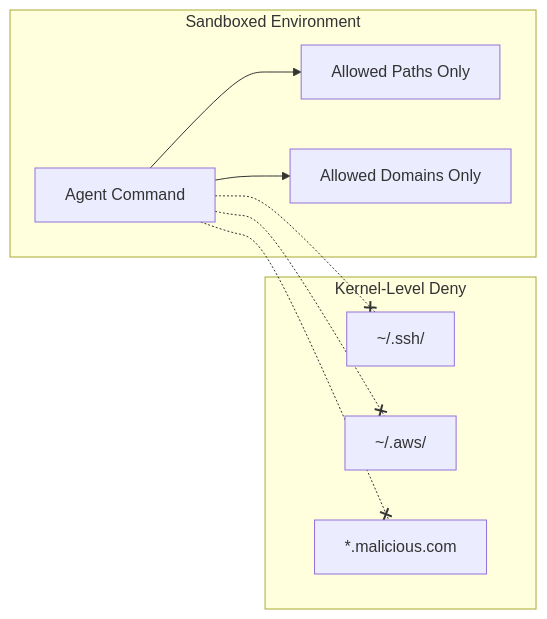
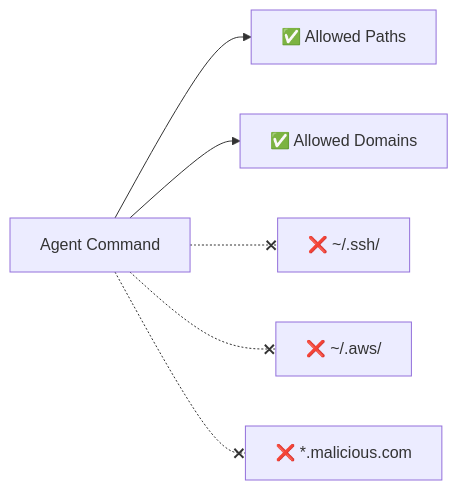
One commit to juangcarmona/github_copilot_000_hub changed the diagram in slides/pages/301/sandboxing.md. Above: the diagram before and after it, drawn with Mermaid. The commit also changed other lines of this file and 201 other files, not shown here.

````diff
--- a/slides/pages/301/sandboxing.md
+++ b/slides/pages/301/sandboxing.md
@@ -10,18 +10,9 @@
 ```mermaid
 flowchart LR
-  subgraph Sandbox["Sandboxed Environment"]
-    CMD["Agent Command"]
-    FS["Allowed Paths Only"]
-    NET["Allowed Domains Only"]
-  end
-  subgraph Blocked["Kernel-Level Deny"]
-    B1["~/.ssh/"]
-    B2["~/.aws/"]
-    B3["*.malicious.com"]
-  end
-  CMD --> FS
-  CMD --> NET
-  CMD -.-x B1
-  CMD -.-x B2
-  CMD -.-x B3
+  CMD["Agent Command"]
+  CMD --> FS["✅ Allowed Paths"]
+  CMD --> NET["✅ Allowed Domains"]
+  CMD -.-x B1["❌ ~/.ssh/"]
+  CMD -.-x B2["❌ ~/.aws/"]
+  CMD -.-x B3["❌ *.malicious.com"]
 ```
````
